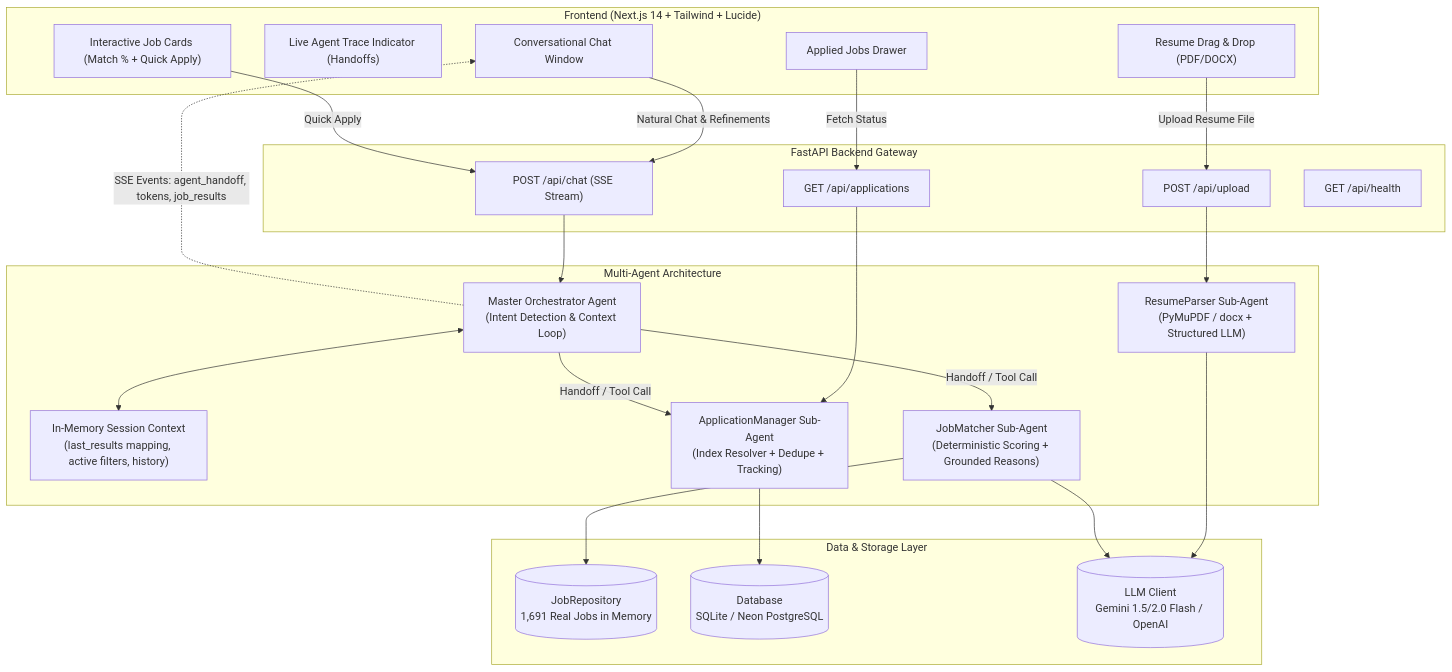
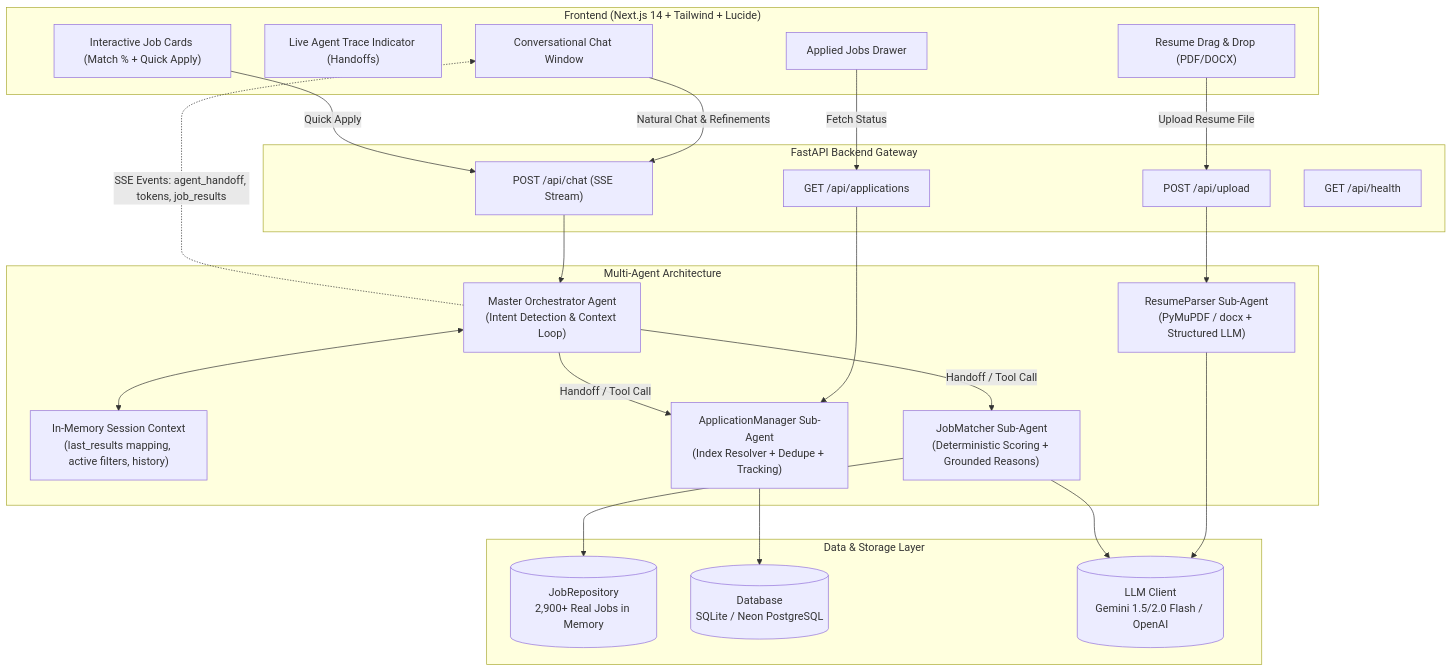
One commit to FARINATTAR/ai-job-chat-assistant- changed the first of 2 diagrams in README.md. Above: the diagram before and after it, drawn with Mermaid. The commit also changed other lines of this file and 20 other files, not shown here.

````diff
--- a/README.md
+++ b/README.md
@@ -27,56 +27,56 @@
 ```mermaid
 graph TD
     subgraph Frontend ["Frontend (Next.js 14 + Tailwind + Lucide)"]
         UI["Conversational Chat Window"]
         Trace["Live Agent Trace Indicator (Handoffs)"]
         Upload["Resume Drag & Drop (PDF/DOCX)"]
         Cards["Interactive Job Cards (Match % + Quick Apply)"]
         Drawer["Applied Jobs Drawer"]
     end
 
     subgraph BackendGateway ["FastAPI Backend Gateway"]
         EP_Upload["POST /api/upload"]
         EP_Chat["POST /api/chat (SSE Stream)"]
         EP_Apps["GET /api/applications"]
         EP_Health["GET /api/health"]
     end
 
     subgraph MultiAgentCore ["Multi-Agent Architecture"]
         Orchestrator["Master Orchestrator Agent<br/>(Intent Detection & Context Loop)"]
         SessionStore["In-Memory Session Context<br/>(last_results mapping, active filters, history)"]
         ParserAgent["ResumeParser Sub-Agent<br/>(PyMuPDF / docx + Structured LLM)"]
         MatcherAgent["JobMatcher Sub-Agent<br/>(Deterministic Scoring + Grounded Reasons)"]
         ApplyAgent["ApplicationManager Sub-Agent<br/>(Index Resolver + Dedupe + Tracking)"]
     end
 
     subgraph DataStorage ["Data & Storage Layer"]
-        JobRepo[("JobRepository<br/>1,691 Real Jobs in Memory")]
+        JobRepo[("JobRepository<br/>2,900+ Real Jobs in Memory")]
         Database[("Database<br/>SQLite / Neon PostgreSQL")]
         LLMProvider[("LLM Client<br/>Gemini 1.5/2.0 Flash / OpenAI")]
     end
 
     %% Client Interactions
     UI -->|Natural Chat & Refinements| EP_Chat
     Upload -->|Upload Resume File| EP_Upload
     Drawer -->|Fetch Status| EP_Apps
     Cards -->|Quick Apply| EP_Chat
 
     %% API to Orchestrator
     EP_Upload --> ParserAgent
     EP_Chat --> Orchestrator
     EP_Apps --> ApplyAgent
 
     %% Agent Routing
     Orchestrator <--> SessionStore
     Orchestrator -->|Handoff / Tool Call| MatcherAgent
     Orchestrator -->|Handoff / Tool Call| ApplyAgent
 
     %% Agent Integrations
     ParserAgent --> LLMProvider
     MatcherAgent --> JobRepo
     MatcherAgent --> LLMProvider
     ApplyAgent --> Database
 
     %% Real-time SSE Stream
     Orchestrator -.->|SSE Events: agent_handoff, tokens, job_results| UI
 ```
````
